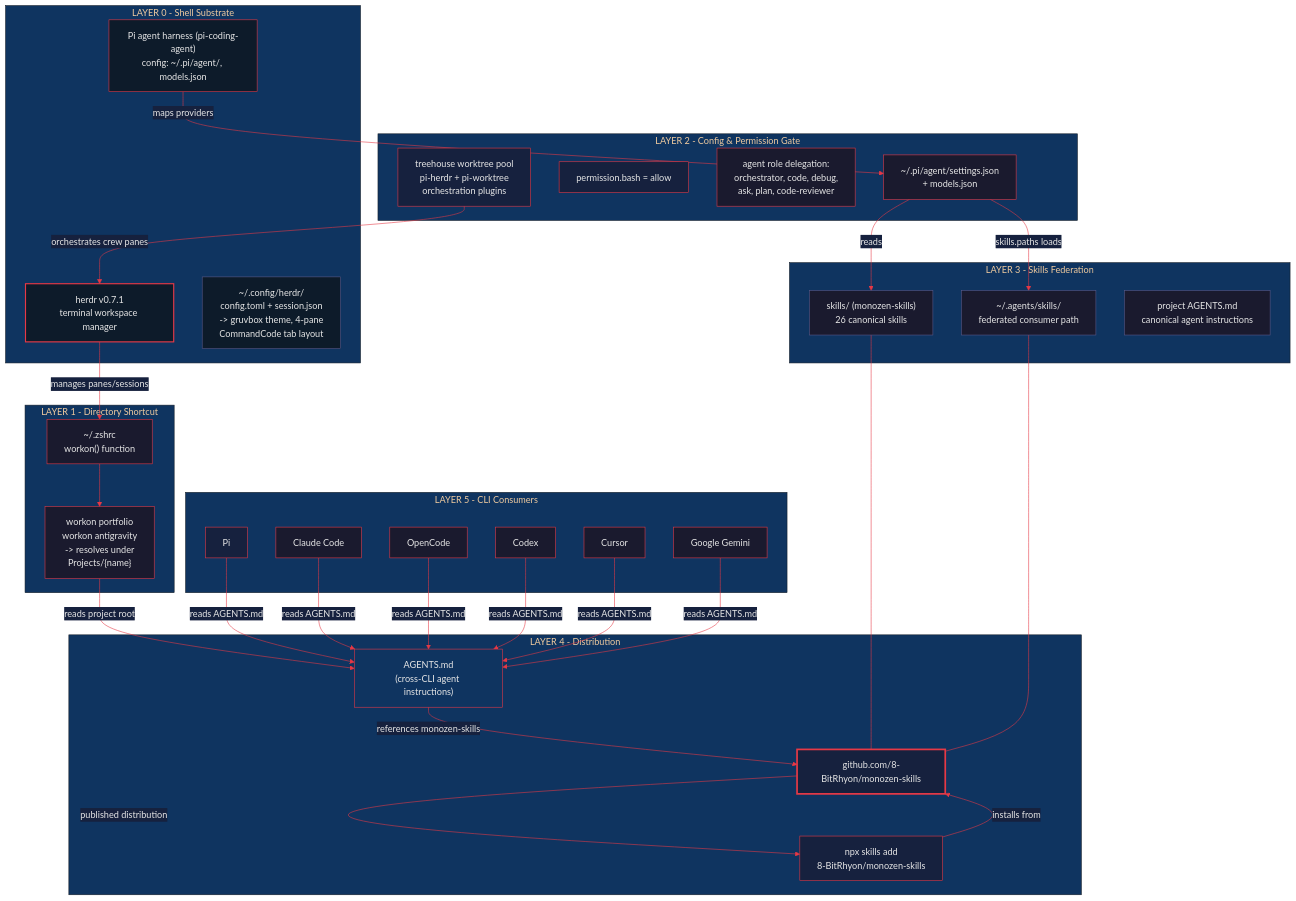
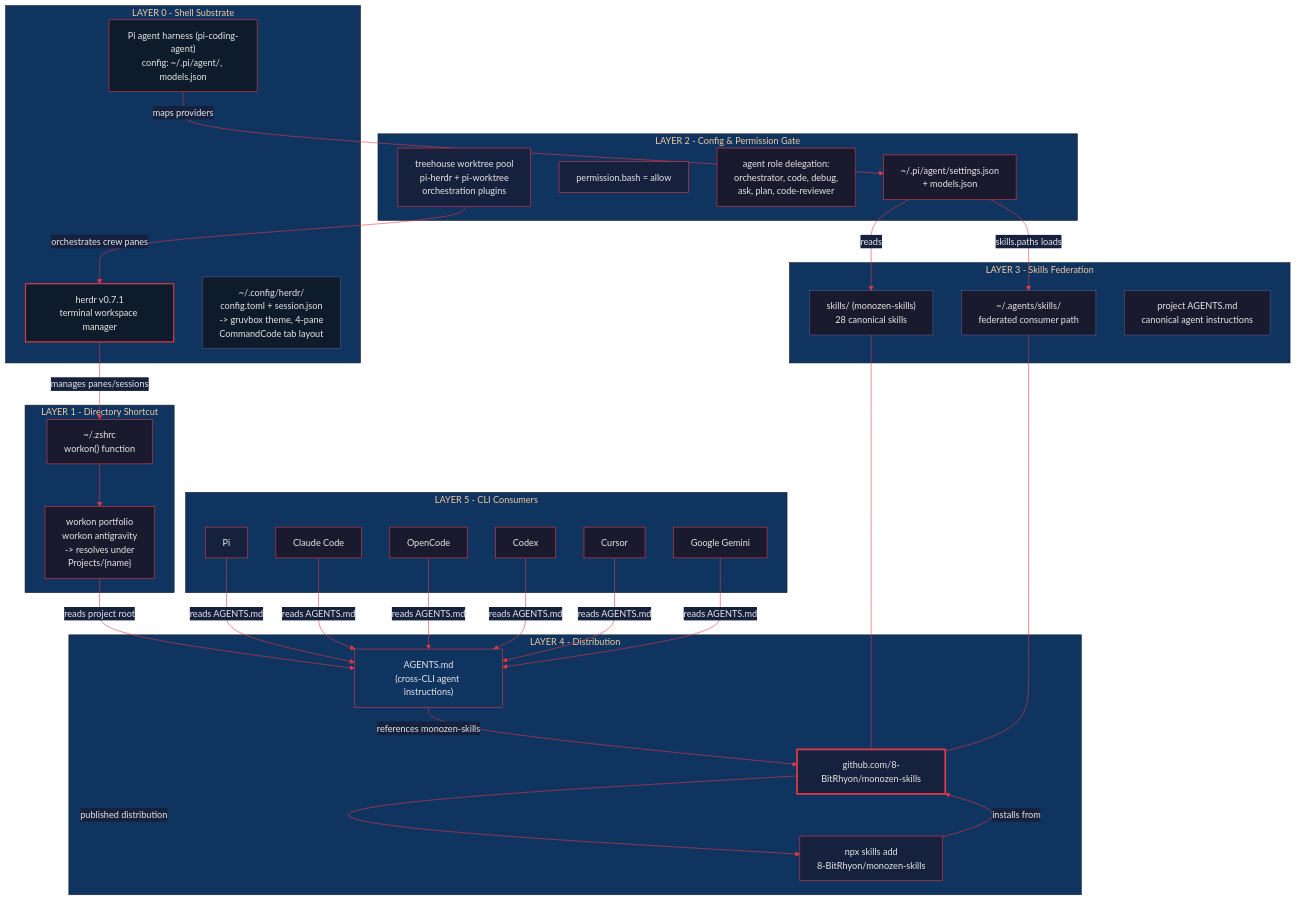
One commit to 8-BitRhyon/monozen-skills changed the diagram in assets/monozen-skills-arch.mmd. Above: the diagram before and after it, drawn with Mermaid. The commit also changed 57 other files, not shown here.

```diff
--- a/assets/monozen-skills-arch.mmd
+++ b/assets/monozen-skills-arch.mmd
@@ -1,75 +1,75 @@
 %%{init: {'theme': 'base', 'themeVariables': {'primaryColor': '#1a1a2e', 'primaryTextColor': '#e6e6e6', 'primaryBorderColor': '#e63946', 'lineColor': '#e63946', 'secondaryColor': '#16213e', 'tertiaryColor': '#0f3460'}}}%%
 
 flowchart TB
     subgraph Layer0["LAYER 0 - Shell Substrate"]
         HR["herdr v0.7.1<br/>terminal workspace manager"]
         PIF["Pi agent harness (pi-coding-agent)<br/>config: ~/.pi/agent/, models.json"]
         HRCFG["~/.config/herdr/<br/>config.toml + session.json<br/>-> gruvbox theme, 4-pane<br/>  CommandCode tab layout"]
     end
 
     subgraph Layer1["LAYER 1 - Directory Shortcut"]
         ZS["~/.zshrc<br/>workon() function"]
         WU["workon portfolio<br/>workon antigravity<br/>-> resolves under<br/>Projects/{name}"]
     end
 
     subgraph Layer2["LAYER 2 - Config & Permission Gate"]
         KC["~/.pi/agent/settings.json<br/>+ models.json"]
         PERM["permission.bash = allow"]
         AGD["agent role delegation:<br/>orchestrator, code, debug,<br/>ask, plan, code-reviewer"]
         IDX["treehouse worktree pool<br/>pi-herdr + pi-worktree<br/>orchestration plugins"]
     end
 
     subgraph Layer3["LAYER 3 - Skills Federation"]
-        FS1["skills/ (monozen-skills)<br/>26 canonical skills"]
+        FS1["skills/ (monozen-skills)<br/>28 canonical skills"]
         FS2["~/.agents/skills/<br/>federated consumer path"]
         FS3["project AGENTS.md<br/>canonical agent instructions"]
     end
 
     subgraph Layer4["LAYER 4 - Distribution"]
         MS["github.com/8-BitRhyon/monozen-skills"]
         NPX["npx skills add<br/>8-BitRhyon/monozen-skills"]
         AG["AGENTS.md<br/>(cross-CLI agent instructions)"]
     end
 
     subgraph Layer5["LAYER 5 - CLI Consumers"]
         PI["Pi"]
         CC["Claude Code"]
         OC["OpenCode"]
         CX["Codex"]
         CU["Cursor"]
         GK["Google Gemini"]
     end
 
     HR -->|manages panes/sessions| ZS
     ZS --> WU
     WU -->|reads project root| AG
     AG -->|references monozen-skills| MS
     PIF -->|maps providers| KC
     KC -->|skills.paths loads| FS2
     KC -->|reads| FS1
     IDX -->|orchestrates crew panes| HR
     NPX -->|installs from| MS
     MS -->|published distribution| NPX
     FS1 --- MS
     FS2 --- MS
     PI -->|reads AGENTS.md| AG
     CC -->|reads AGENTS.md| AG
     OC -->|reads AGENTS.md| AG
     CX -->|reads AGENTS.md| AG
     CU -->|reads AGENTS.md| AG
     GK -->|reads AGENTS.md| AG
 
     style HR fill:#0d1b2a,stroke:#e63946,color:#e6e6e6,stroke-width:2px
     style PIF fill:#0d1b2a,stroke:#e63946,color:#e6e6e6
     style HRCFG fill:#0d1b2a,stroke:#5a5a8a,color:#e6e6e6
     style ZS fill:#1a1a2e,stroke:#e63946,color:#e6e6e6
     style KC fill:#1a1a2e,stroke:#e63946,color:#e6e6e6
     style MS fill:#16213e,stroke:#e63946,color:#e6e6e6,stroke-width:3px
     style AG fill:#0f3460,stroke:#e63946,color:#e6e6e6
     style NPX fill:#16213e,stroke:#e63946,color:#e6e6e6
     style FS1 fill:#1a1a2e,stroke:#5a5a8a,color:#e6e6e6
     style FS2 fill:#1a1a2e,stroke:#5a5a8a,color:#e6e6e6
     style FS3 fill:#1a1a2e,stroke:#5a5a8a,color:#e6e6e6
     style PI fill:#16213e,stroke:#e63946,color:#e6e6e6
     style PERM fill:#16213e,stroke:#e63946,color:#e6e6e6
     style IDX fill:#16213e,stroke:#e63946,color:#e6e6e6
```
